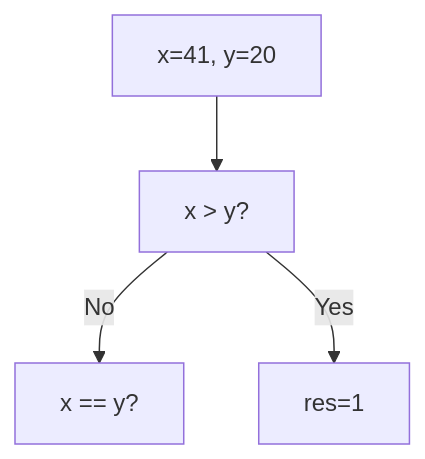
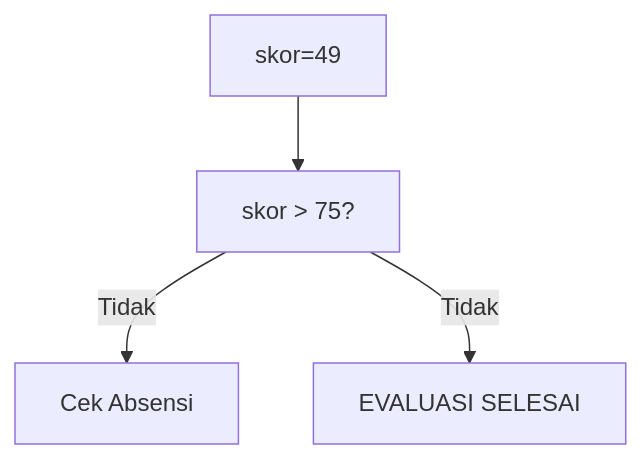
One commit to amnahwaida/OSNK_INF_PREP changed diagram 15 of 25 in part-c-pemahaman-cpp/02-percabangan/latihan/set-05.md. Above: the diagram before and after it, drawn with Mermaid. The commit also changed other lines of this file and 71 other files, not shown here.

````diff
--- a/part-c-pemahaman-cpp/02-percabangan/latihan/set-05.md
+++ b/part-c-pemahaman-cpp/02-percabangan/latihan/set-05.md
@@ -418,6 +436,6 @@
 ```mermaid
 graph TD
-A["x=41, y=20"] --> B["x > y?"]
-B -- No --> C["x == y?"]
-B -- Yes --> D[res=1]
+A["skor=49"] --> B["skor > 75?"]
+B -- Tidak --> C["Cek Absensi"]
+B -- Tidak --> D["EVALUASI SELESAI"]
 ```
````
